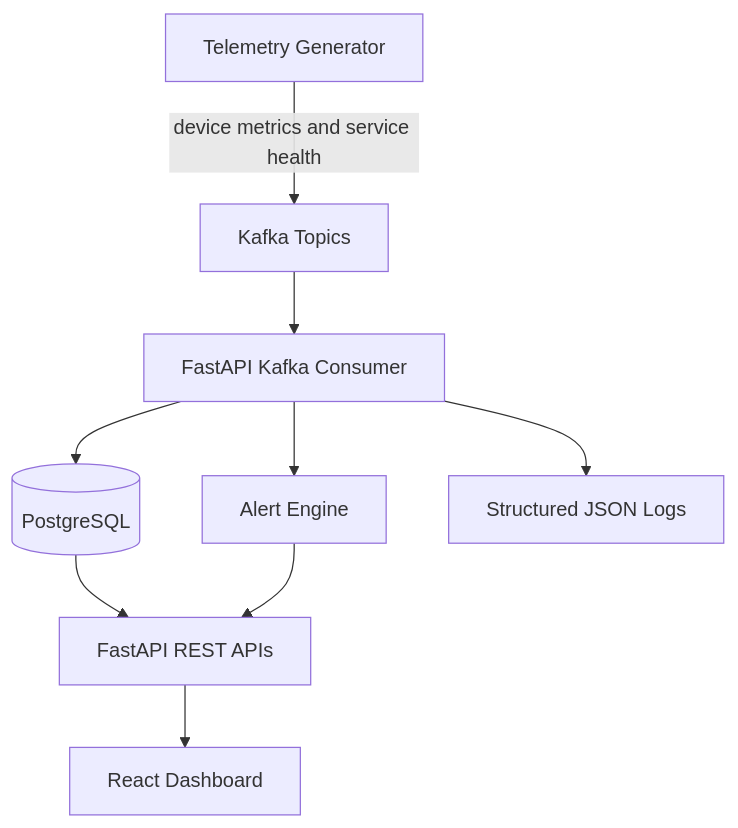
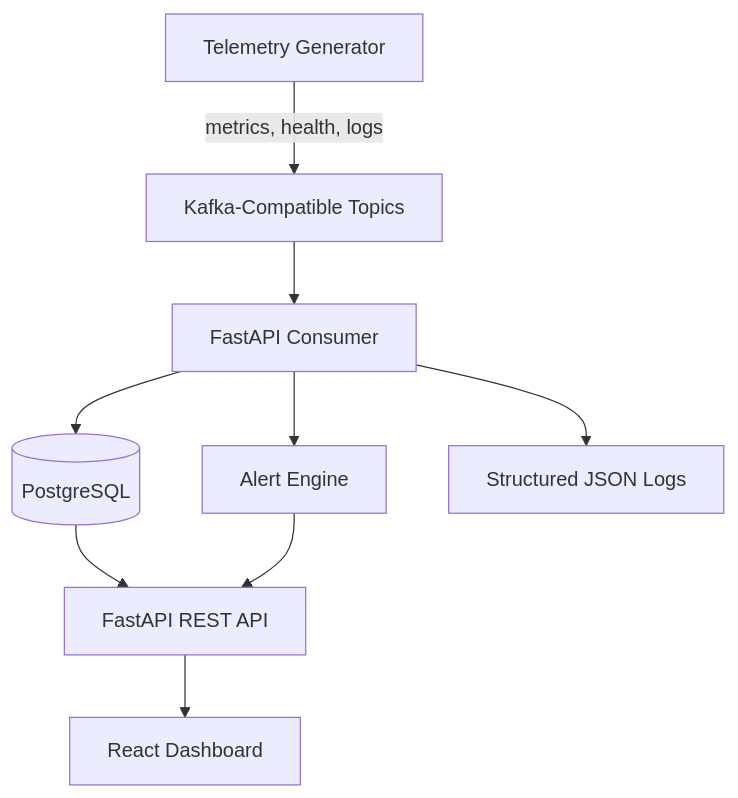
The diagram in README.md (darshil040804/InfraPulse), drawn with Mermaid before and after one commit. The commit also changed other lines of this file and 2 other files, not shown here.

````diff
--- a/README.md
+++ b/README.md
@@ -19,11 +51,11 @@
 ```mermaid
 flowchart TD
-    A[Telemetry Generator] -->|device metrics and service health| B[Kafka Topics]
-    B --> C[FastAPI Kafka Consumer]
+    A[Telemetry Generator] -->|metrics, health, logs| B[Kafka-Compatible Topics]
+    B --> C[FastAPI Consumer]
     C --> D[(PostgreSQL)]
     C --> E[Alert Engine]
     C --> F[Structured JSON Logs]
-    D --> G[FastAPI REST APIs]
+    D --> G[FastAPI REST API]
     E --> G
     G --> H[React Dashboard]
 ```
````
